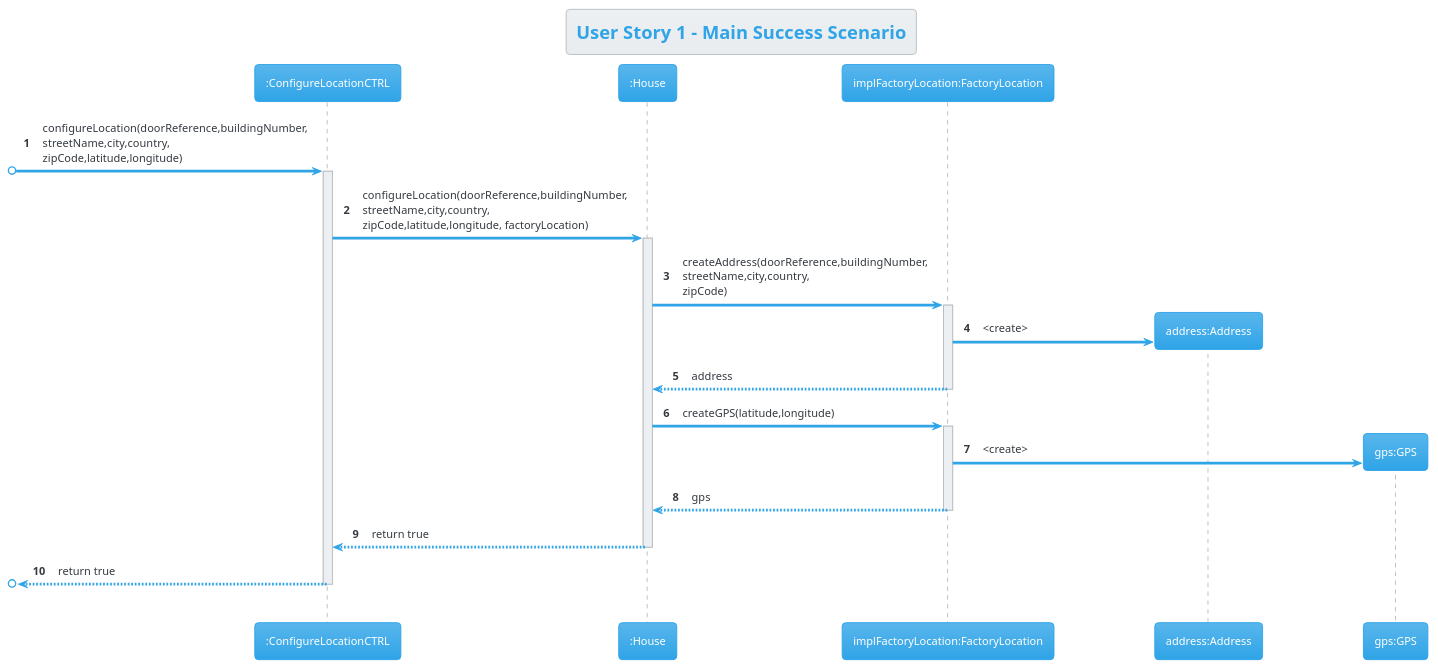
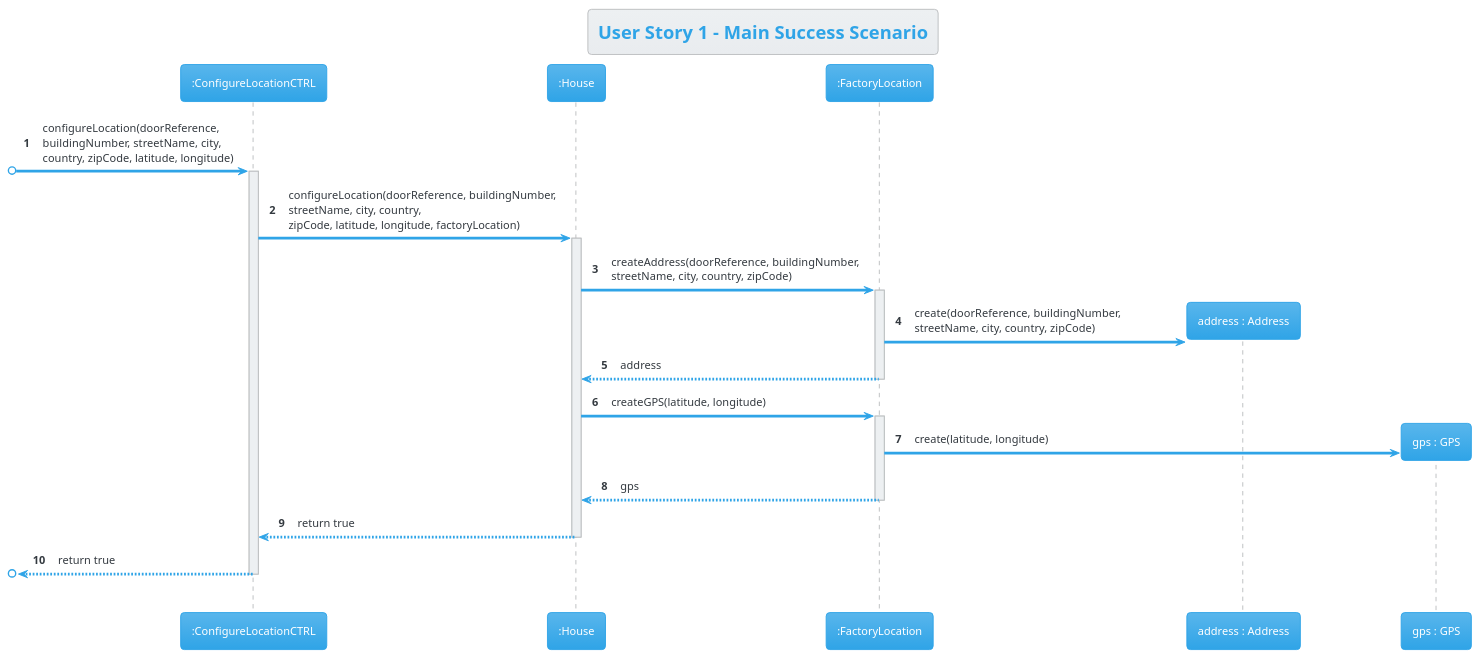
The diagram in Docs/US01/S3US01SequenceDiagram.puml (AfonsoNeves77/smartHouse), drawn with PlantUML before and after one commit. The commit also changed 6 other files, not shown here.

Commit message:
Team Review: Corrected all sequence diagrams according with technical sprint review feedback.

```diff
--- a/Docs/US01/S3US01SequenceDiagram.puml
+++ b/Docs/US01/S3US01SequenceDiagram.puml
@@ -1,55 +1,55 @@
 @startuml
 !theme cerulean
 autonumber
 
 title User Story 1 - Main Success Scenario
 
 participant ":ConfigureLocationCTRL" as C
 participant ":House" as H
-participant "implFactoryLocation:FactoryLocation" as F
-participant "address:Address" as A
-participant "gps:GPS" as G
+participant ":FactoryLocation" as F
+participant "address : Address" as A
+participant "gps : GPS" as G
 
 
 skinparam ParticipantPadding 50
 
 
 
 
-[o-> C : configureLocation(doorReference,buildingNumber,\nstreetName,city,country,\nzipCode,latitude,longitude)
+[o-> C : configureLocation(doorReference,\nbuildingNumber, streetName, city, \ncountry, zipCode, latitude, longitude)
 activate C
 
-C -> H : configureLocation(doorReference,buildingNumber,\nstreetName,city,country,\nzipCode,latitude,longitude, factoryLocation)
+C -> H : configureLocation(doorReference, buildingNumber,\nstreetName, city, country,\nzipCode, latitude, longitude, factoryLocation)
 activate H
 
-H -> F : createAddress(doorReference,buildingNumber,\nstreetName,city,country,\nzipCode)
+H -> F : createAddress(doorReference, buildingNumber,\nstreetName, city, country, zipCode)
 activate F
 
 
 
 
-F -> A** : <create>
+F -> A** : create(doorReference, buildingNumber,\nstreetName, city, country, zipCode)
 
 F --> H : address
 
 
 
 deactivate F
 
-H -> F : createGPS(latitude,longitude)
+H -> F : createGPS(latitude, longitude)
 
 activate F
-F -> G** : <create>
+F -> G** : create(latitude, longitude)
 
 
 F --> H : gps
 deactivate F
 
 H --> C : return true
 deactivate H
 
 [o<-- C : return true
 deactivate C
 
 |||
 @endumll
```
